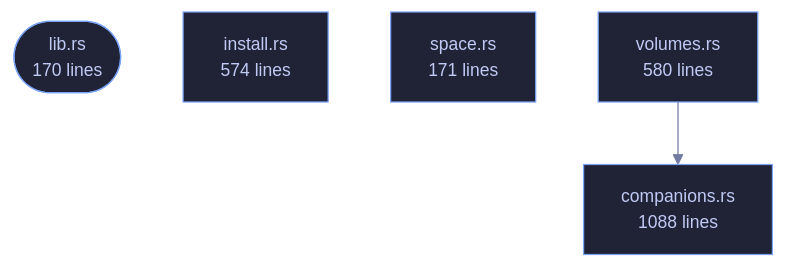
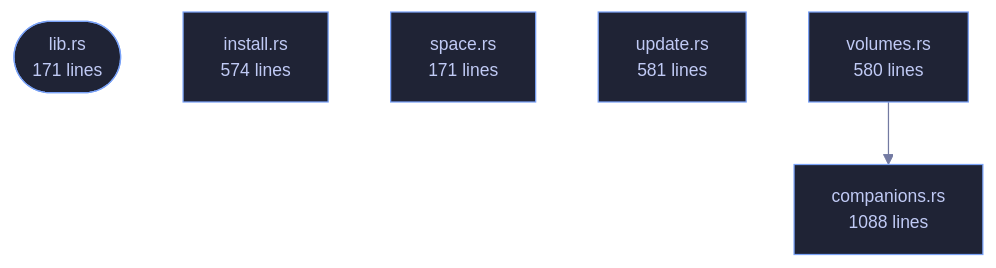
The diagram in wiki/Crate-veilvoice-setup.md (tilas01/veilvoice), drawn with Mermaid before and after one commit. The commit also changed other lines of this file and 550 other files, not shown here.

````diff
--- a/wiki/Crate-veilvoice-setup.md
+++ b/wiki/Crate-veilvoice-setup.md
@@ -90,15 +90,17 @@
 ```mermaid
 %%{init: {"theme":"base","themeVariables":{"background":"#1a1b26","primaryColor":"#1f2335","primaryTextColor":"#c0caf5","primaryBorderColor":"#7aa2f7","secondaryColor":"#16161e","tertiaryColor":"#16161e","lineColor":"#737aa2","textColor":"#c0caf5","mainBkg":"#1f2335","nodeBorder":"#7aa2f7","clusterBkg":"#16161e","clusterBorder":"#2f3549","fontFamily":"ui-monospace, SFMono-Regular, Consolas, monospace","fontSize":"14px"}}}%%
 flowchart TD
-    n_lib(["lib.rs<br/>170 lines"])
+    n_lib(["lib.rs<br/>171 lines"])
     n_companions["companions.rs<br/>1088 lines"]
     n_install["install.rs<br/>574 lines"]
     n_space["space.rs<br/>171 lines"]
+    n_update["update.rs<br/>581 lines"]
     n_volumes["volumes.rs<br/>580 lines"]
     n_volumes --> n_companions
     click n_lib href "https://github.com/tilas01/veilvoice/blob/main/crates/veilvoice-setup/src/lib.rs" "open the source"
     click n_companions href "https://github.com/tilas01/veilvoice/blob/main/crates/veilvoice-setup/src/companions.rs" "open the source"
     click n_install href "https://github.com/tilas01/veilvoice/blob/main/crates/veilvoice-setup/src/install.rs" "open the source"
     click n_space href "https://github.com/tilas01/veilvoice/blob/main/crates/veilvoice-setup/src/space.rs" "open the source"
+    click n_update href "https://github.com/tilas01/veilvoice/blob/main/crates/veilvoice-setup/src/update.rs" "open the source"
     click n_volumes href "https://github.com/tilas01/veilvoice/blob/main/crates/veilvoice-setup/src/volumes.rs" "open the source"
 ```
````
